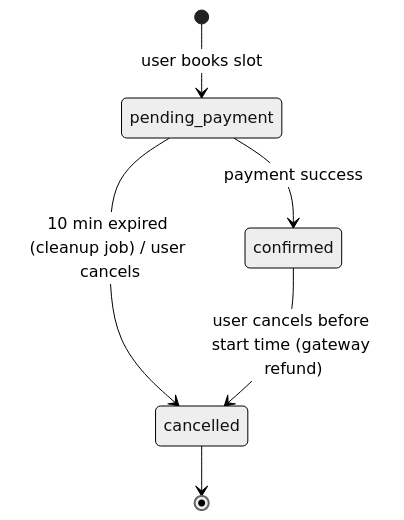
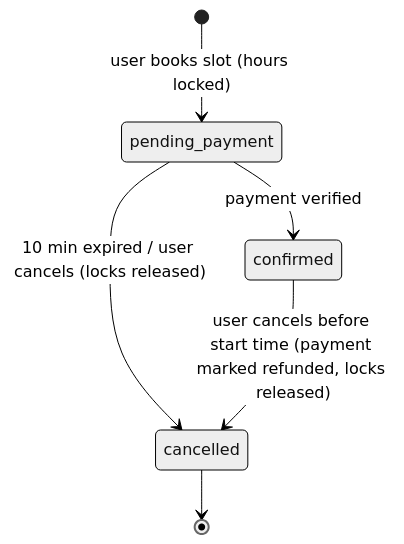
One commit to krushna1845/parkease changed the sixth of 8 diagrams in parkease/README.md. Above: the diagram before and after it, drawn with Mermaid (neutral theme). The commit also changed other lines of this file, not shown here.

````diff
--- a/parkease/README.md
+++ b/parkease/README.md
@@ -148,8 +140,8 @@
 ```mermaid
 stateDiagram-v2
-  [*] --> pending_payment: user books slot
-  pending_payment --> confirmed: payment success
-  pending_payment --> cancelled: 10 min expired (cleanup job) / user cancels
-  confirmed --> cancelled: user cancels before start time (gateway refund)
+  [*] --> pending_payment: user books slot (hours locked)
+  pending_payment --> confirmed: payment verified
+  pending_payment --> cancelled: 10 min expired / user cancels (locks released)
+  confirmed --> cancelled: user cancels before start time (payment marked refunded, locks released)
   cancelled --> [*]
 ```
````
